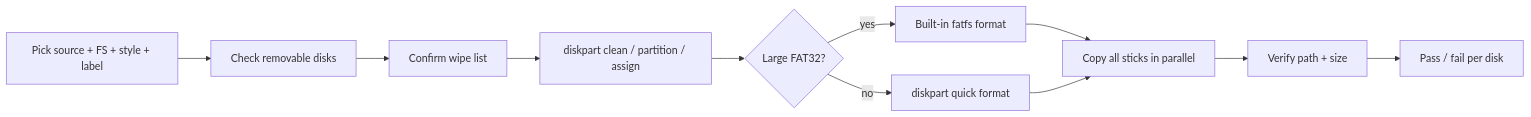
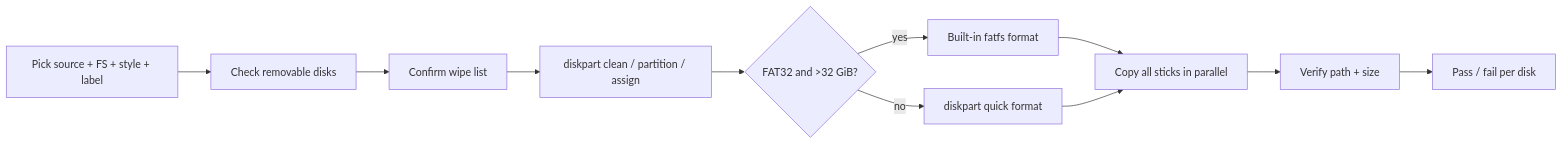
The diagram in README.md (jfmiller52/MultiUSB), drawn with Mermaid before and after one commit. The commit also changed other lines of this file and 7 other files, not shown here.

First line of the commit message:
fix: auto-route large FAT32 and format via physical disk.

````diff
--- a/README.md
+++ b/README.md
@@ -41,13 +41,13 @@
 ```mermaid
 flowchart LR
   A[Pick source + FS + style + label] --> B[Check removable disks]
   B --> C[Confirm wipe list]
   C --> D[diskpart clean / partition / assign]
-  D --> E{Large FAT32?}
+  D --> E{FAT32 and >32 GiB?}
   E -->|yes| F[Built-in fatfs format]
   E -->|no| G[diskpart quick format]
   F --> H[Copy all sticks in parallel]
   G --> H
   H --> I[Verify path + size]
   I --> J[Pass / fail per disk]
 ```
````
